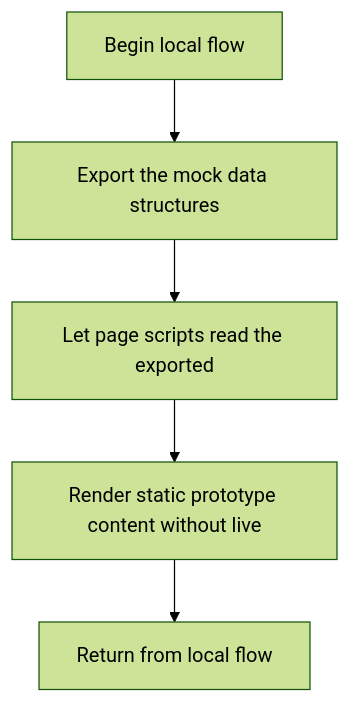
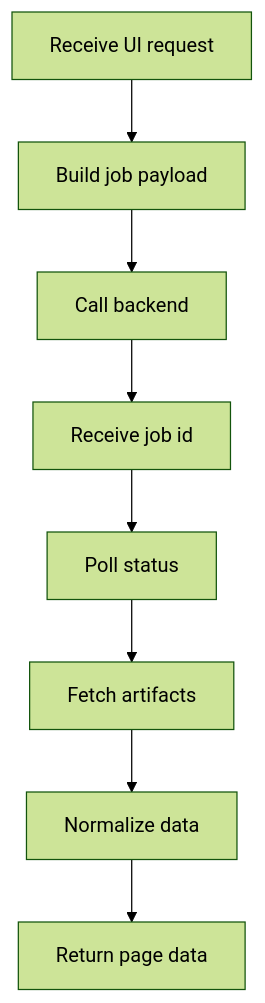
The diagram in docs/Codebase/Frontend/scripts/api.js.md (JohnAndrewBalbarosa/NeoTerritory), drawn with Mermaid (forest theme) before and after one commit. The commit also changed other lines of this file and 31 other files, not shown here.

````diff
--- a/docs/Codebase/Frontend/scripts/api.js.md
+++ b/docs/Codebase/Frontend/scripts/api.js.md
@@ -21,12 +21,18 @@
 ```mermaid
 flowchart TD
-    Start["Begin local flow"]
-    N0["Export the mock data structures"]
-    N1["Let page scripts read the exported"]
-    N2["Render static prototype content without live"]
-    End["Return from local flow"]
+    Start["Receive UI request"]
+    N0["Build job payload"]
+    N1["Call backend"]
+    N2["Receive job id"]
+    N3["Poll status"]
+    N4["Fetch artifacts"]
+    N5["Normalize data"]
+    End["Return page data"]
     Start --> N0
     N0 --> N1
     N1 --> N2
-    N2 --> End
+    N2 --> N3
+    N3 --> N4
+    N4 --> N5
+    N5 --> End
 ```
````
